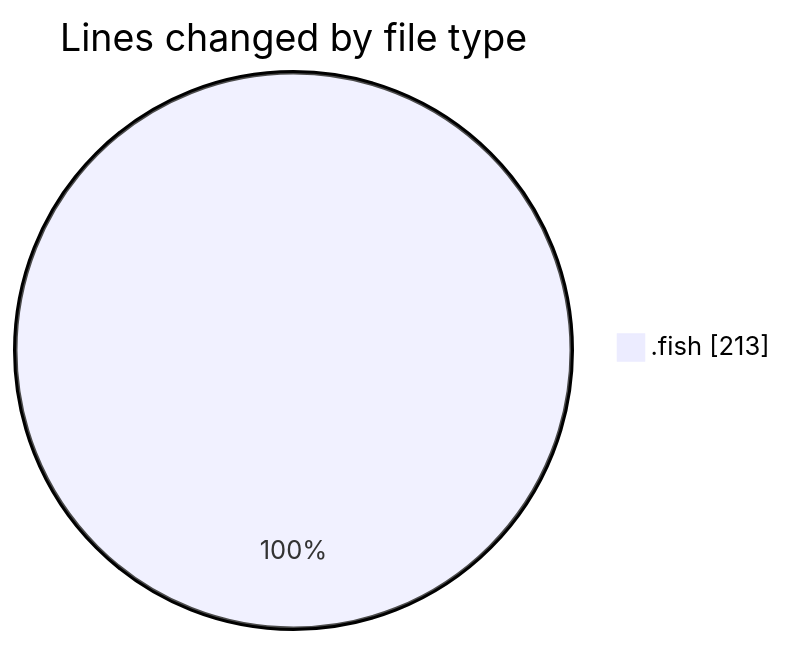
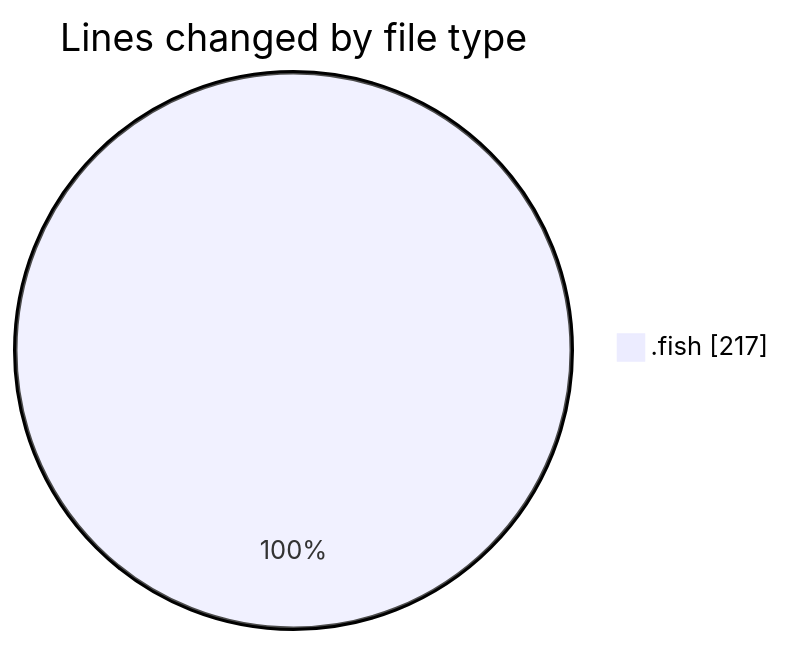
Before and after one commit to EIIisD/code-tracking: the first of 2 diagrams in 2025-08-06/fish/README.md, drawn with Mermaid. The commit also changed other lines of this file and 1 other file, not shown here.

````diff
--- a/2025-08-06/fish/README.md
+++ b/2025-08-06/fish/README.md
@@ -22,5 +22,5 @@
 ```mermaid
 pie showData
 title Lines changed by file type
-".fish" : 213
+".fish" : 217
 ```
````
